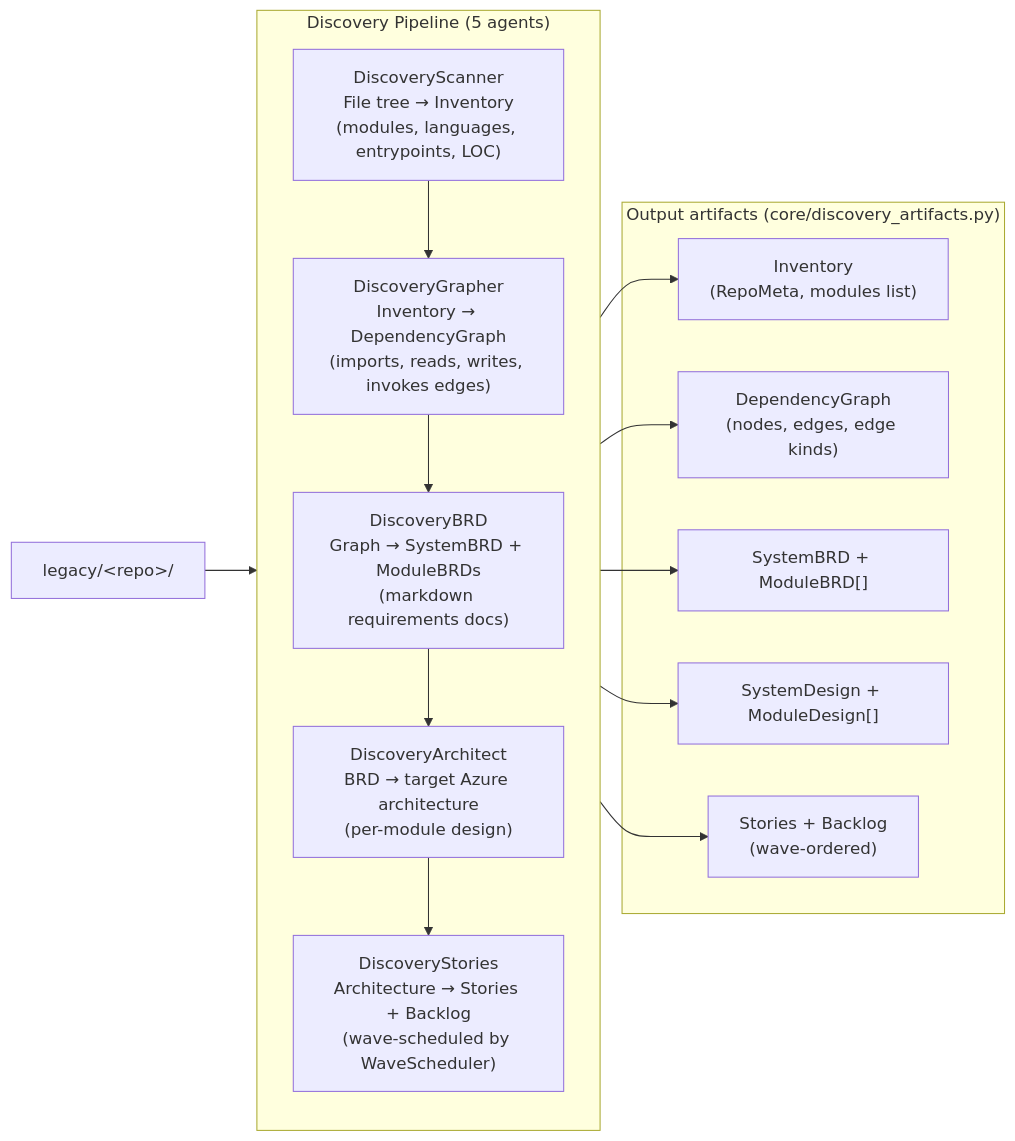
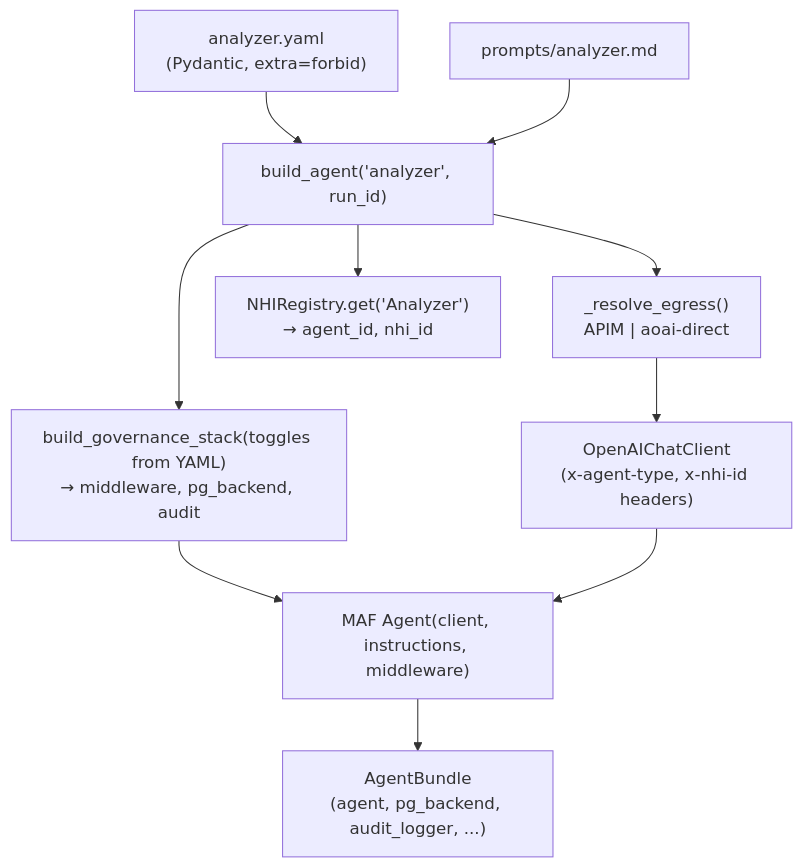
Before and after one commit to rlpatrao/agent-gov-sec: the ninth of 9 diagrams in docs/architecture.md, drawn with Mermaid. The commit also changed other lines of this file and 144 other files, not shown here.

````diff
--- a/docs/architecture.md
+++ b/docs/architecture.md
@@ -646,27 +450,12 @@
 ```mermaid
-flowchart LR
-  Repo["legacy/&lt;repo&gt;/"] --> DS
-  subgraph Discovery["Discovery Pipeline (5 agents)"]
-    direction TB
-    DS["DiscoveryScanner\nFile tree → Inventory\n(modules, languages, entrypoints, LOC)"]
-    DG["DiscoveryGrapher\nInventory → DependencyGraph\n(imports, reads, writes, invokes edges)"]
-    DB["DiscoveryBRD\nGraph → SystemBRD + ModuleBRDs\n(markdown requirements docs)"]
-    DA["DiscoveryArchitect\nBRD → target Azure architecture\n(per-module design)"]
-    DT["DiscoveryStories\nArchitecture → Stories + Backlog\n(wave-scheduled by WaveScheduler)"]
-    DS --> DG --> DB --> DA --> DT
-  end
-
-  subgraph Artifacts["Output artifacts (core/discovery_artifacts.py)"]
-    Inv["Inventory\n(RepoMeta, modules list)"]
-    Graph["DependencyGraph\n(nodes, edges, edge kinds)"]
-    BRD["SystemBRD + ModuleBRD[]"]
-    Design["SystemDesign + ModuleDesign[]"]
-    Backlog["Stories + Backlog\n(wave-ordered)"]
-  end
-
-  DS --> Inv
-  DG --> Graph
-  DB --> BRD
-  DA --> Design
-  DT --> Backlog
+flowchart TD
+  Cfg["analyzer.yaml\n(Pydantic, extra=forbid)"] --> BA["build_agent('analyzer', run_id)"]
+  Prompt["prompts/analyzer.md"] --> BA
+  BA --> Eg["_resolve_egress()\nAPIM | aoai-direct"]
+  BA --> NHI["NHIRegistry.get('Analyzer')\n→ agent_id, nhi_id"]
+  BA --> GS["build_governance_stack(toggles from YAML)\n→ middleware, pg_backend, audit"]
+  Eg --> Client["OpenAIChatClient\n(x-agent-type, x-nhi-id headers)"]
+  GS --> Agent["MAF Agent(client, instructions, middleware)"]
+  Client --> Agent
+  Agent --> Bundle["AgentBundle\n(agent, pg_backend, audit_logger, ...)"]
 ```
````
